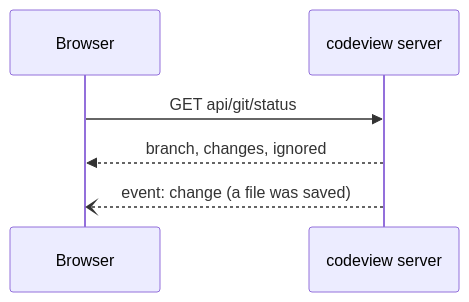
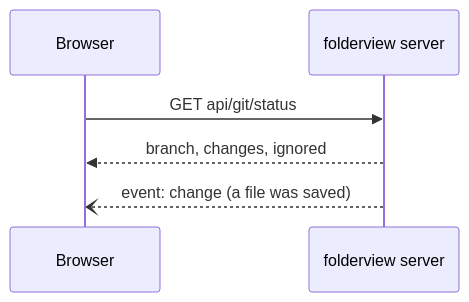
One commit to ClickerMonkey/folderview changed the second of 2 diagrams in docs/examples/markdown.md. Above: the diagram before and after it, drawn with Mermaid. The commit also changed other lines of this file and 20 other files, not shown here.

First line of the commit message:
Rename to folderview (npm refused codeview as too close to code-view)

````diff
--- a/docs/examples/markdown.md
+++ b/docs/examples/markdown.md
@@ -24,8 +24,8 @@
 ```mermaid
 sequenceDiagram
   participant B as Browser
-  participant S as codeview server
+  participant S as folderview server
   B->>S: GET api/git/status
   S-->>B: branch, changes, ignored
   S--)B: event: change (a file was saved)
 ```
````
